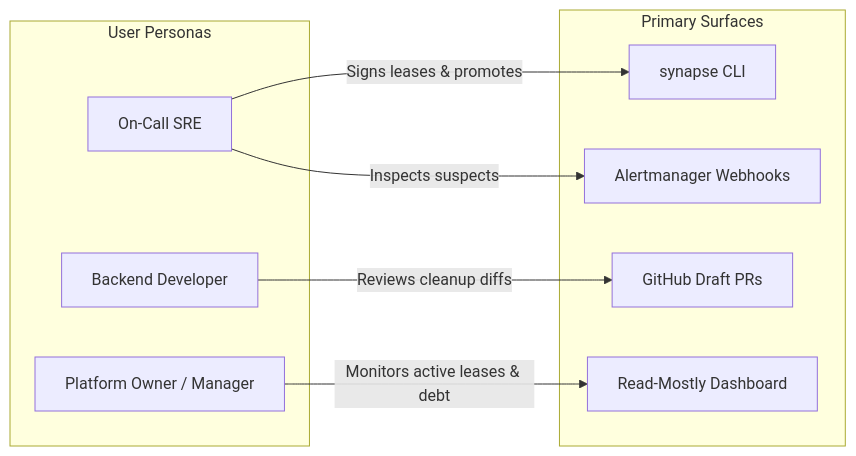
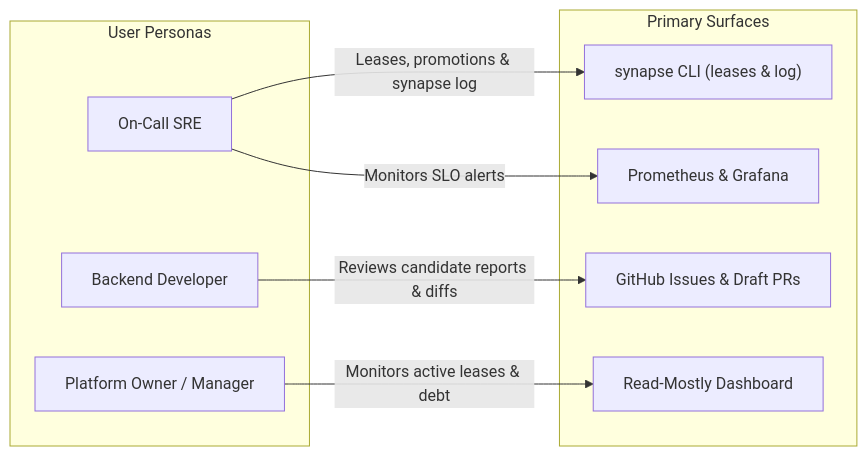
The diagram in PRODUCT.md (adityapawar112/SynapseState), drawn with Mermaid before and after one commit. The commit also changed other lines of this file and 25 other files, not shown here.

First line of the commit message:
docs: harden architecture, adopt operational simplifications, and consolidate ADR suite

````diff
--- a/PRODUCT.md
+++ b/PRODUCT.md
@@ -59,20 +59,20 @@
 ```mermaid
 flowchart LR
     subgraph Personas ["User Personas"]
         SRE["On-Call SRE"]
         DEV["Backend Developer"]
         MGR["Platform Owner / Manager"]
     end
 
     subgraph Surfaces ["Primary Surfaces"]
-        CLI["synapse CLI"]
-        PR["GitHub Draft PRs"]
+        CLI["synapse CLI (leases & log)"]
+        PR["GitHub Issues & Draft PRs"]
         DASH["Read-Mostly Dashboard"]
-        ALERT["Alertmanager Webhooks"]
+        OBS["Prometheus & Grafana"]
     end
 
-    SRE -->|"Signs leases & promotes"| CLI
-    SRE -->|"Inspects suspects"| ALERT
-    DEV -->|"Reviews cleanup diffs"| PR
+    SRE -->|"Leases, promotions & synapse log"| CLI
+    SRE -->|"Monitors SLO alerts"| OBS
+    DEV -->|"Reviews candidate reports & diffs"| PR
     MGR -->|"Monitors active leases & debt"| DASH
 ```
````
